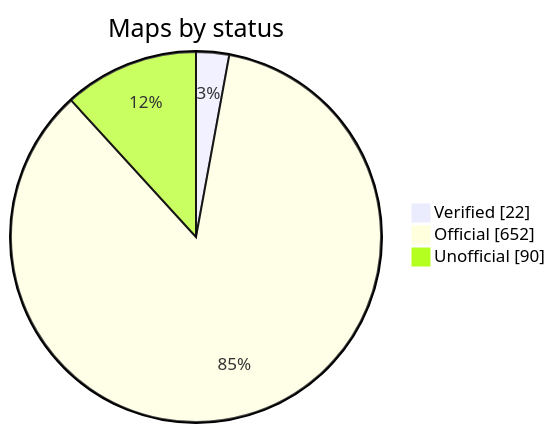
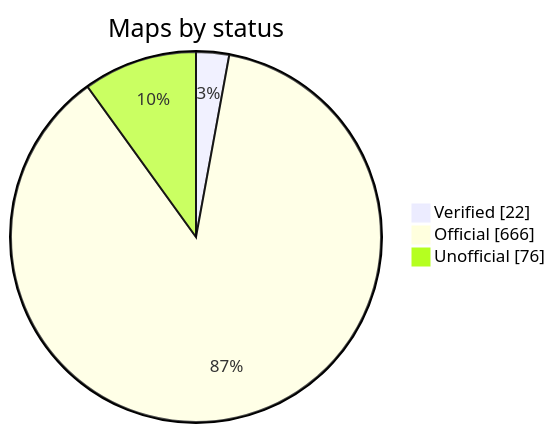
The diagram in README.md (nobrega8/mbmap-library), drawn with Mermaid before and after one commit. The commit also changed 5 other files, not shown here.

````diff
--- a/README.md
+++ b/README.md
@@ -52,7 +52,7 @@
 ```mermaid
 pie showData
     title Maps by status
     "Verified" : 22
-    "Official" : 652
-    "Unofficial" : 90
+    "Official" : 666
+    "Unofficial" : 76
 ```
````
